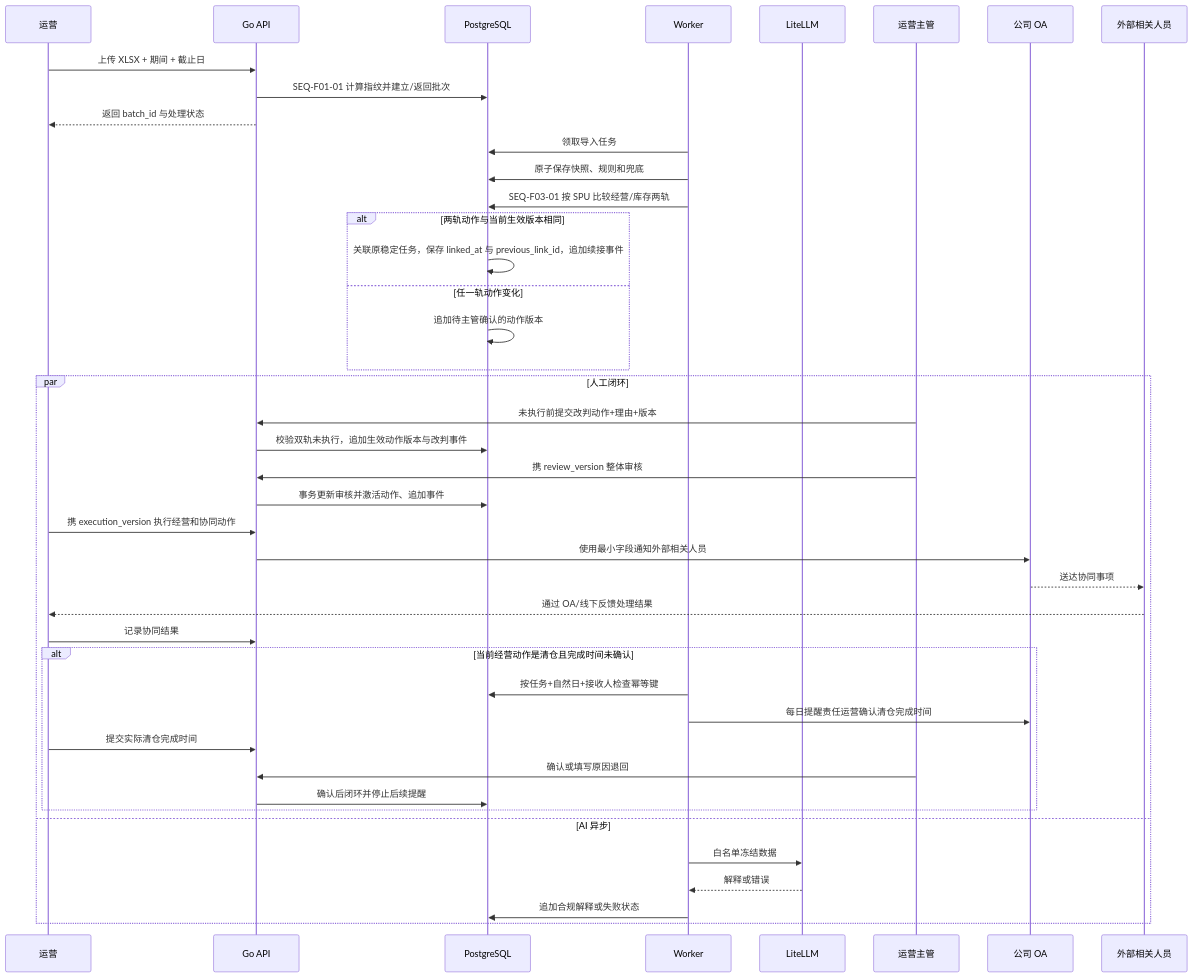
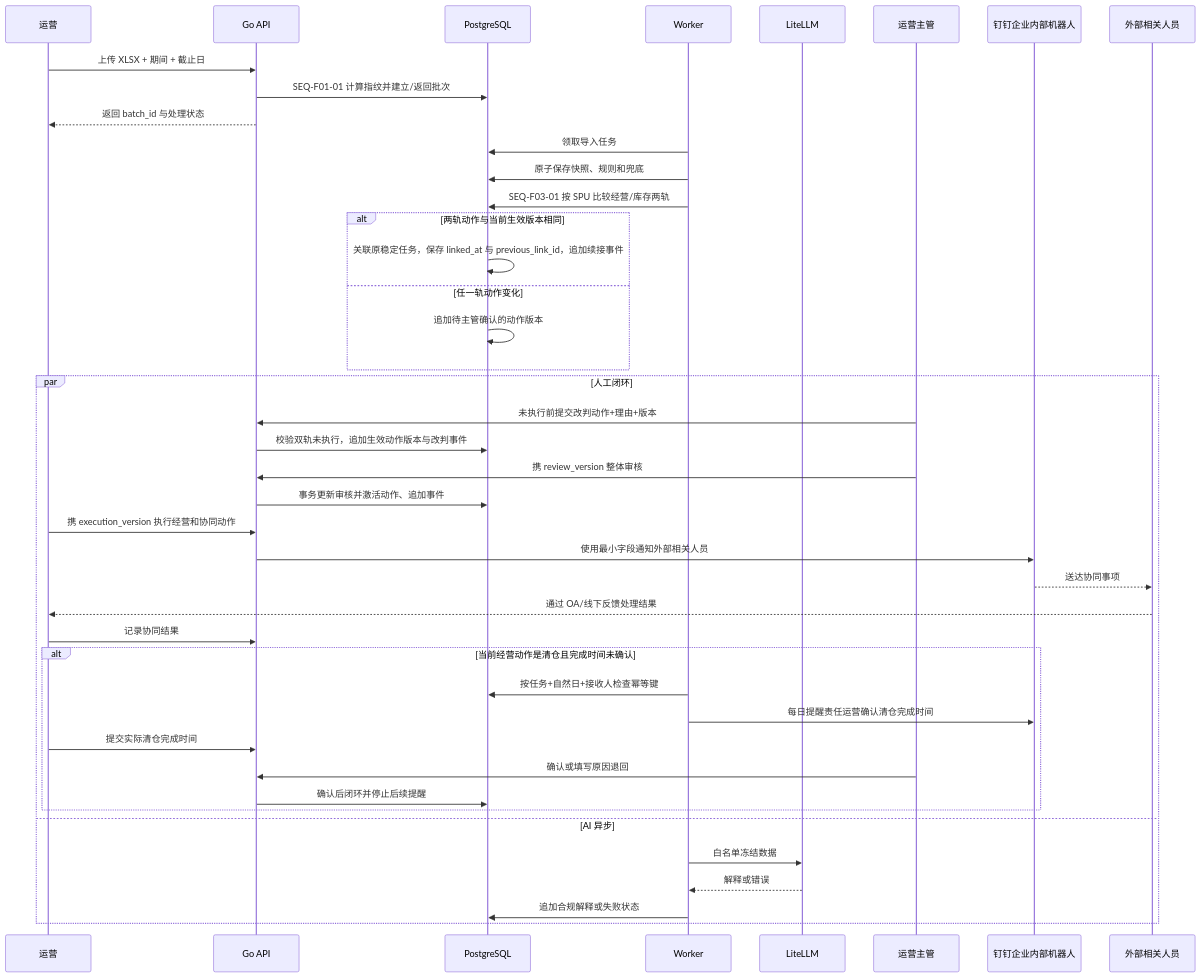
Before and after one commit to johnsonsmilequran/profit-decision-engine: the second of 2 diagrams in 趣然AI商品经营利润决策助手/output/技术方案.md, drawn with Mermaid. The commit also changed other lines of this file and 39 other files, not shown here.

````diff
--- a/趣然AI商品经营利润决策助手/output/技术方案.md
+++ b/趣然AI商品经营利润决策助手/output/技术方案.md
@@ -234,45 +234,45 @@
 ```mermaid
 sequenceDiagram
     participant OP as 运营
     participant API as Go API
     participant DB as PostgreSQL
     participant WK as Worker
     participant AI as LiteLLM
     participant MG as 运营主管
-    participant OA as 公司 OA
+    participant OA as 钉钉企业内部机器人
     participant EXT as 外部相关人员
 
     OP->>API: 上传 XLSX + 期间 + 截止日
     API->>DB: SEQ-F01-01 计算指纹并建立/返回批次
     API-->>OP: 返回 batch_id 与处理状态
     WK->>DB: 领取导入任务
     WK->>DB: 原子保存快照、规则和兜底
     WK->>DB: SEQ-F03-01 按 SPU 比较经营/库存两轨
     alt 两轨动作与当前生效版本相同
         DB->>DB: 关联原稳定任务，保存 linked_at 与 previous_link_id，追加续接事件
     else 任一轨动作变化
         DB->>DB: 追加待主管确认的动作版本
     end
     par 人工闭环
         MG->>API: 未执行前提交改判动作+理由+版本
         API->>DB: 校验双轨未执行，追加生效动作版本与改判事件
         MG->>API: 携 review_version 整体审核
         API->>DB: 事务更新审核并激活动作、追加事件
         OP->>API: 携 execution_version 执行经营和协同动作
         API->>OA: 使用最小字段通知外部相关人员
         OA-->>EXT: 送达协同事项
         EXT-->>OP: 通过 OA/线下反馈处理结果
         OP->>API: 记录协同结果
         alt 当前经营动作是清仓且完成时间未确认
             WK->>DB: 按任务+自然日+接收人检查幂等键
             WK->>OA: 每日提醒责任运营确认清仓完成时间
             OP->>API: 提交实际清仓完成时间
             MG->>API: 确认或填写原因退回
             API->>DB: 确认后闭环并停止后续提醒
         end
     and AI 异步
         WK->>AI: 白名单冻结数据
         AI-->>WK: 解释或错误
         WK->>DB: 追加合规解释或失败状态
     end
 ```
````
